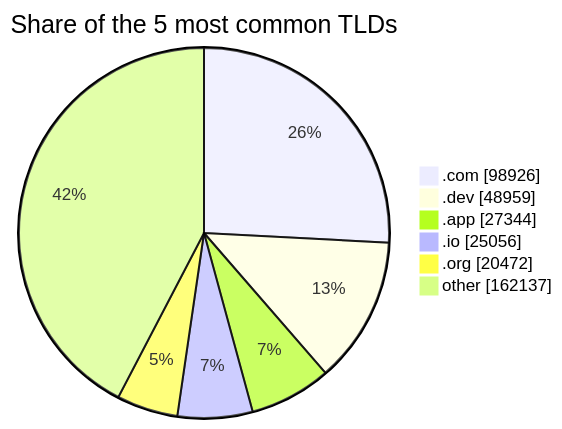
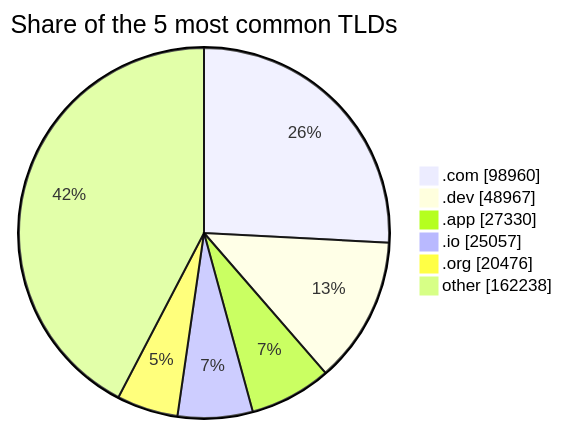
Before and after one commit to DNSBunker/CTI: the third of 3 diagrams in README.md, drawn with Mermaid. The commit also changed other lines of this file and 3 other files, not shown here.

````diff
--- a/README.md
+++ b/README.md
@@ -81,9 +81,9 @@
 ```mermaid
 pie showData title Share of the 5 most common TLDs
-    ".com" : 98926
-    ".dev" : 48959
-    ".app" : 27344
-    ".io" : 25056
-    ".org" : 20472
-    "other" : 162137
+    ".com" : 98960
+    ".dev" : 48967
+    ".app" : 27330
+    ".io" : 25057
+    ".org" : 20476
+    "other" : 162238
 ```
````
